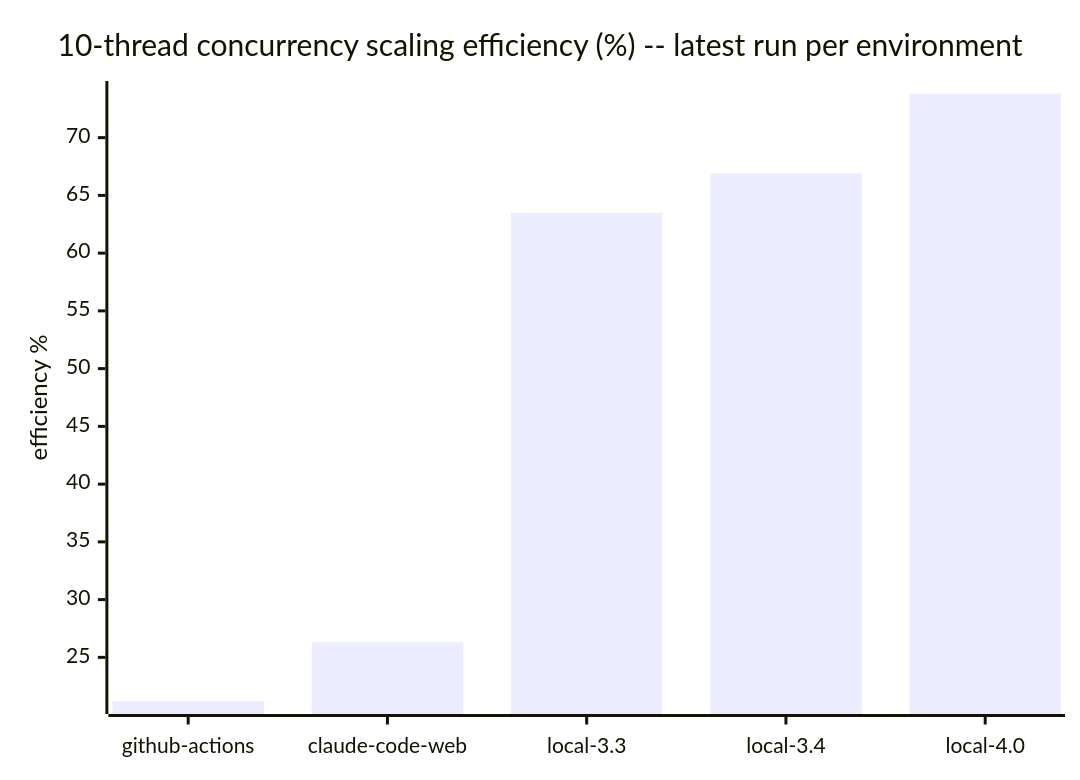
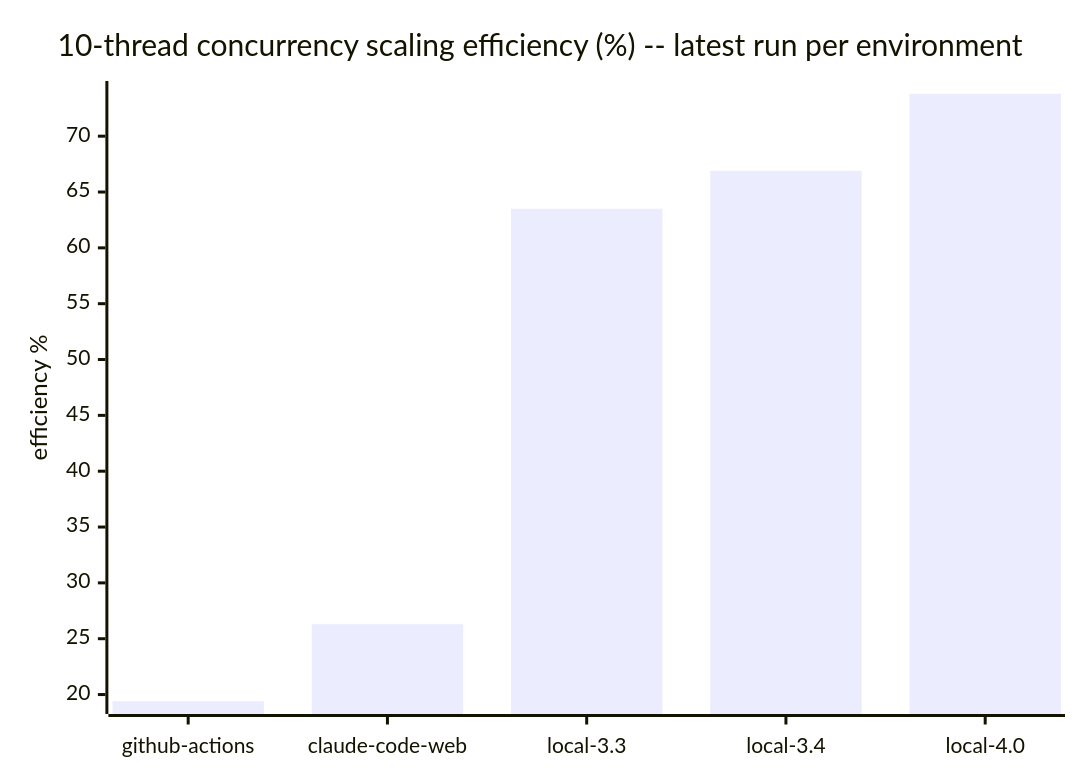
One commit to cpb/duckling changed the seventh of 7 diagrams in docs/benchmarks/README.md. Above: the diagram before and after it, drawn with Mermaid. The commit also changed other lines of this file and 1 other file, not shown here.

````diff
--- a/docs/benchmarks/README.md
+++ b/docs/benchmarks/README.md
@@ -223,7 +223,7 @@
 ```mermaid
 xychart-beta
     title "10-thread concurrency scaling efficiency (%) -- latest run per environment"
     x-axis [github-actions, claude-code-web, local-3.3, local-3.4, local-4.0]
     y-axis "efficiency %"
-    bar "efficiency_pct" [21.2, 26.3, 63.5, 66.9, 73.8]
+    bar "efficiency_pct" [19.4, 26.3, 63.5, 66.9, 73.8]
 ```
````
